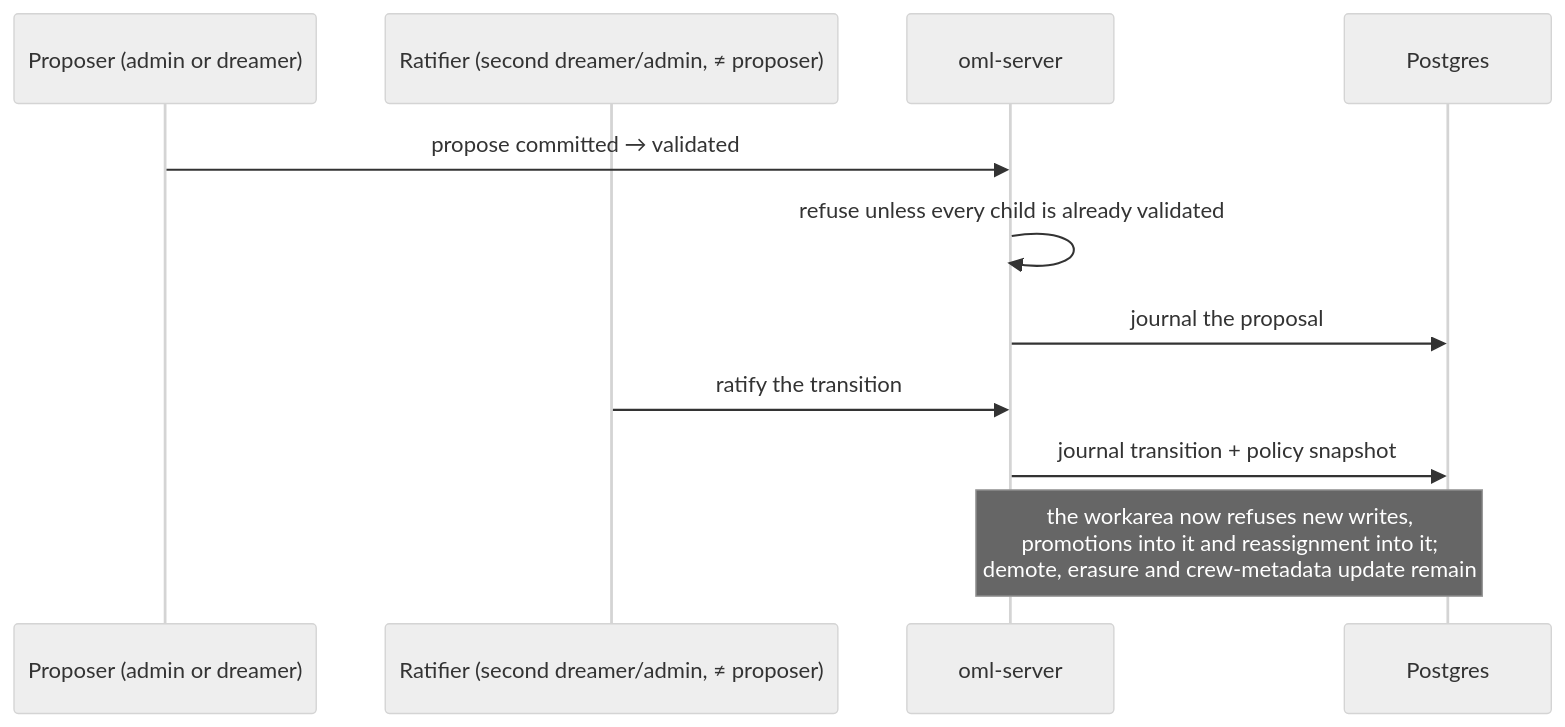
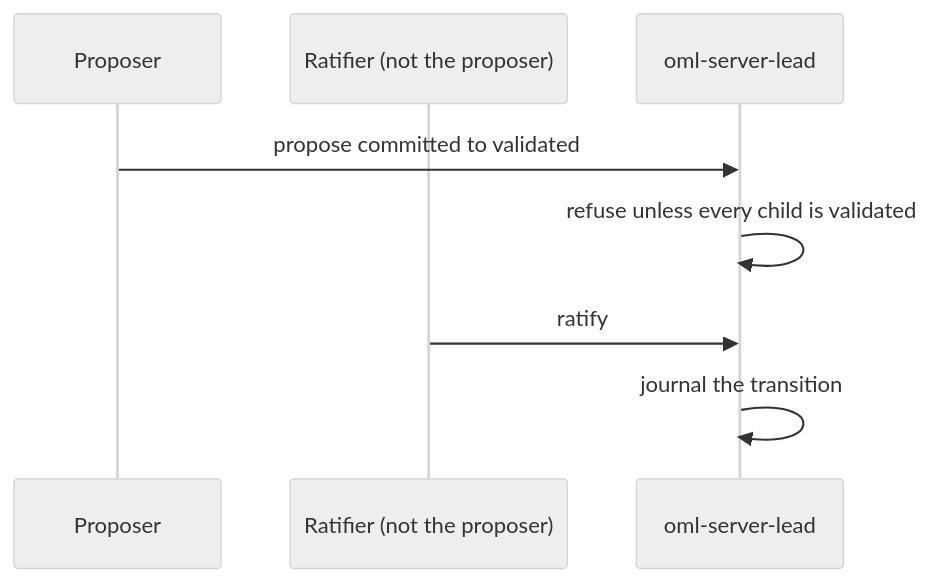
Before and after one commit to e8kor/open-memory-lab: the sixth of 6 diagrams in docs/architecture/overview.md, drawn with Mermaid (neutral theme). The commit also changed other lines of this file and 67 other files, not shown here.

````diff
--- a/docs/architecture/overview.md
+++ b/docs/architecture/overview.md
@@ -240,13 +127,10 @@
 ```mermaid
 sequenceDiagram
-    participant P1 as Proposer (admin or dreamer)
-    participant P2 as Ratifier (second dreamer/admin, ≠ proposer)
-    participant S as oml-server
-    participant PG as Postgres
-    P1->>S: propose committed → validated
-    S->>S: refuse unless every child is already validated
-    S->>PG: journal the proposal
-    P2->>S: ratify the transition
-    S->>PG: journal transition + policy snapshot
-    Note over S,PG: the workarea now refuses new writes,<br/>promotions into it and reassignment into it#59;<br/>demote, erasure and crew-metadata update remain
+    participant P1 as Proposer
+    participant P2 as Ratifier (not the proposer)
+    participant S as oml-server-lead
+    P1->>S: propose committed to validated
+    S->>S: refuse unless every child is validated
+    P2->>S: ratify
+    S->>S: journal the transition
 ```
````
